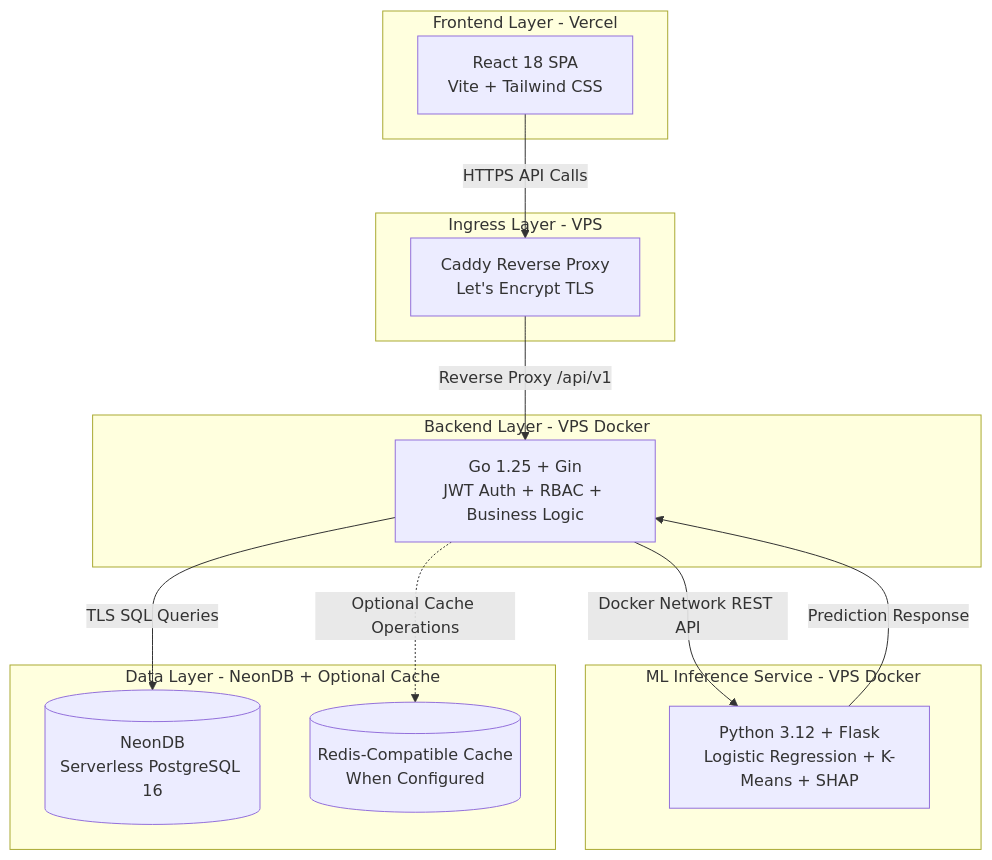
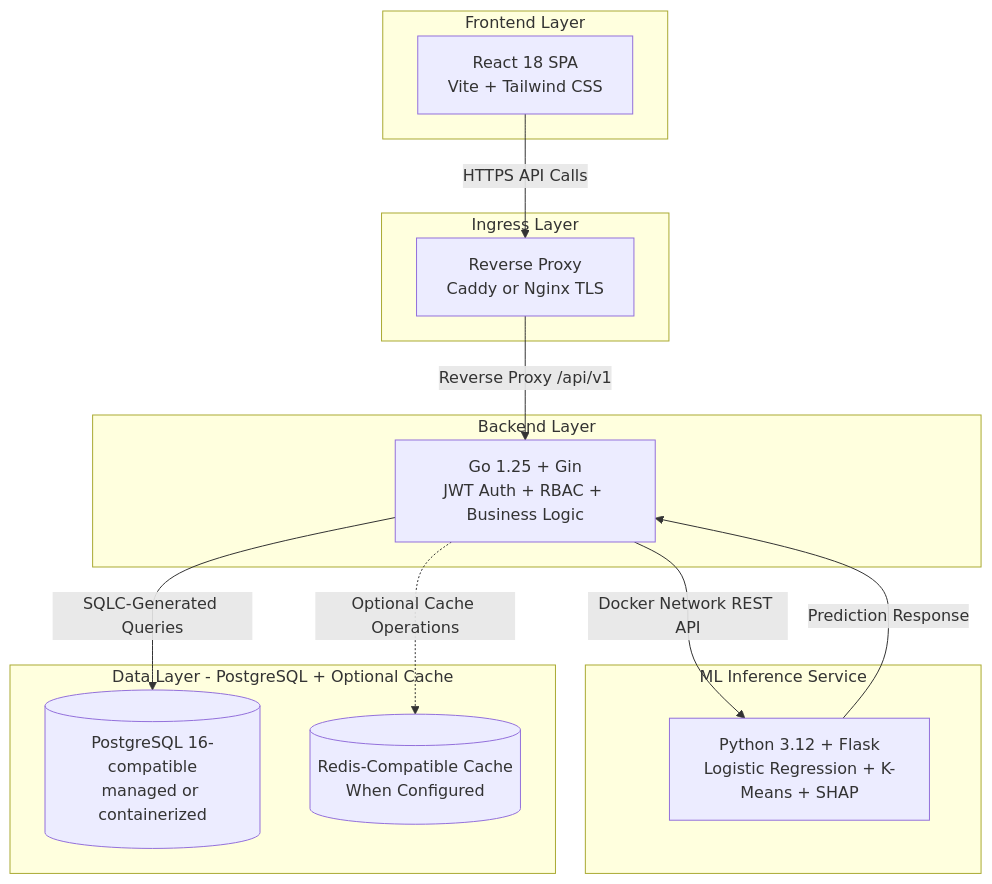
Before and after one commit to Skufu/DianaV2: the fifth of 7 diagrams in docs/07-research/thesis-drafts/ch3+4.md, drawn with Mermaid. The commit also changed other lines of this file and 22 other files, not shown here.

````diff
--- a/docs/07-research/thesis-drafts/ch3+4.md
+++ b/docs/07-research/thesis-drafts/ch3+4.md
@@ -677,30 +703,30 @@
 ```mermaid
 flowchart TB
-    subgraph Frontend["Frontend Layer - Vercel"]
+    subgraph Frontend["Frontend Layer"]
         A[React 18 SPA<br/>Vite + Tailwind CSS]
     end
 
-    subgraph Proxy["Ingress Layer - VPS"]
-        P[Caddy Reverse Proxy<br/>Let's Encrypt TLS]
+    subgraph Proxy["Ingress Layer"]
+        P[Reverse Proxy<br/>Caddy or Nginx TLS]
     end
 
-    subgraph Backend["Backend Layer - VPS Docker"]
+    subgraph Backend["Backend Layer"]
         B[Go 1.25 + Gin<br/>JWT Auth + RBAC + Business Logic]
     end
 
-    subgraph ML["ML Inference Service - VPS Docker"]
+    subgraph ML["ML Inference Service"]
         C[Python 3.12 + Flask<br/>Logistic Regression + K-Means + SHAP]
     end
 
-    subgraph Data["Data Layer - NeonDB + Optional Cache"]
-        D[(NeonDB<br/>Serverless PostgreSQL 16)]
+    subgraph Data["Data Layer - PostgreSQL + Optional Cache"]
+        D[(PostgreSQL 16-compatible<br/>managed or containerized)]
         E[(Redis-Compatible Cache<br/>When Configured)]
     end
 
     A -->|HTTPS API Calls| P
     P -->|Reverse Proxy /api/v1| B
     B -->|Docker Network REST API| C
     C -->|Prediction Response| B
-    B -->|TLS SQL Queries| D
+    B -->|SQLC-Generated Queries| D
     B -.->|Optional Cache Operations| E
 ```
````
